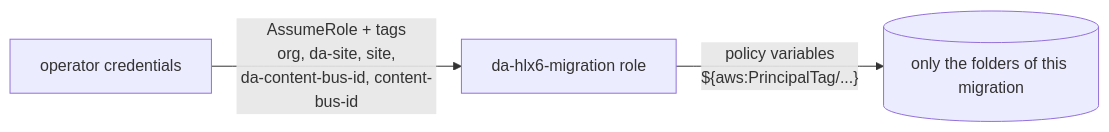
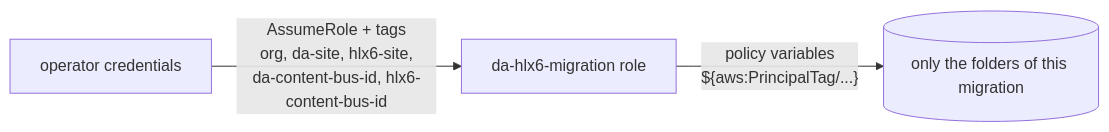
The diagram in docs/01-access-and-tooling.md (kptdobe/da-hlx6-migration), drawn with Mermaid before and after one commit. The commit also changed other lines of this file and 8 other files, not shown here.

Commit message:
refactor: use da-/hlx6- prefixes for source and target identifiers and tags

````diff
--- a/docs/01-access-and-tooling.md
+++ b/docs/01-access-and-tooling.md
@@ -41,5 +41,5 @@
 ```mermaid
 flowchart LR
-  op[operator credentials] -- "AssumeRole + tags\norg, da-site, site,\nda-content-bus-id, content-bus-id" --> role[da-hlx6-migration role]
+  op[operator credentials] -- "AssumeRole + tags\norg, da-site, hlx6-site,\nda-content-bus-id, hlx6-content-bus-id" --> role[da-hlx6-migration role]
   role -- "policy variables\n${aws:PrincipalTag/...}" --> s3[(only the folders of this migration)]
 ```
````
